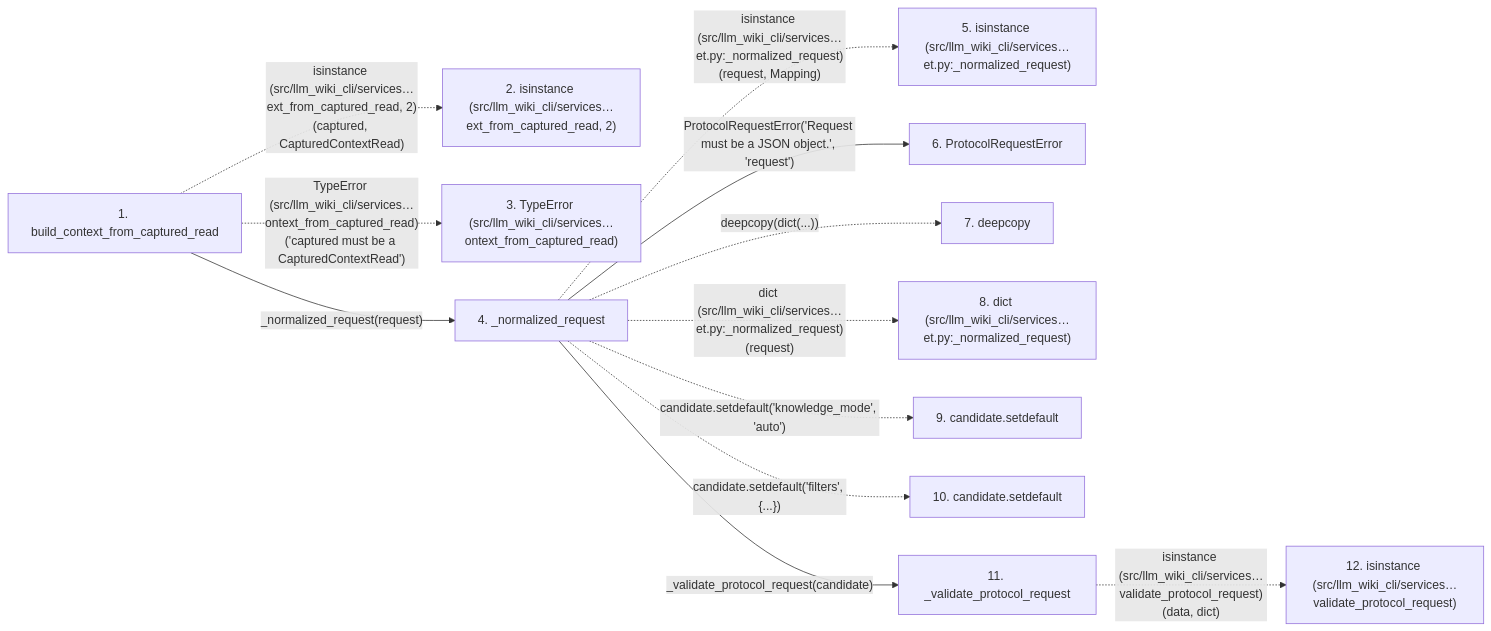
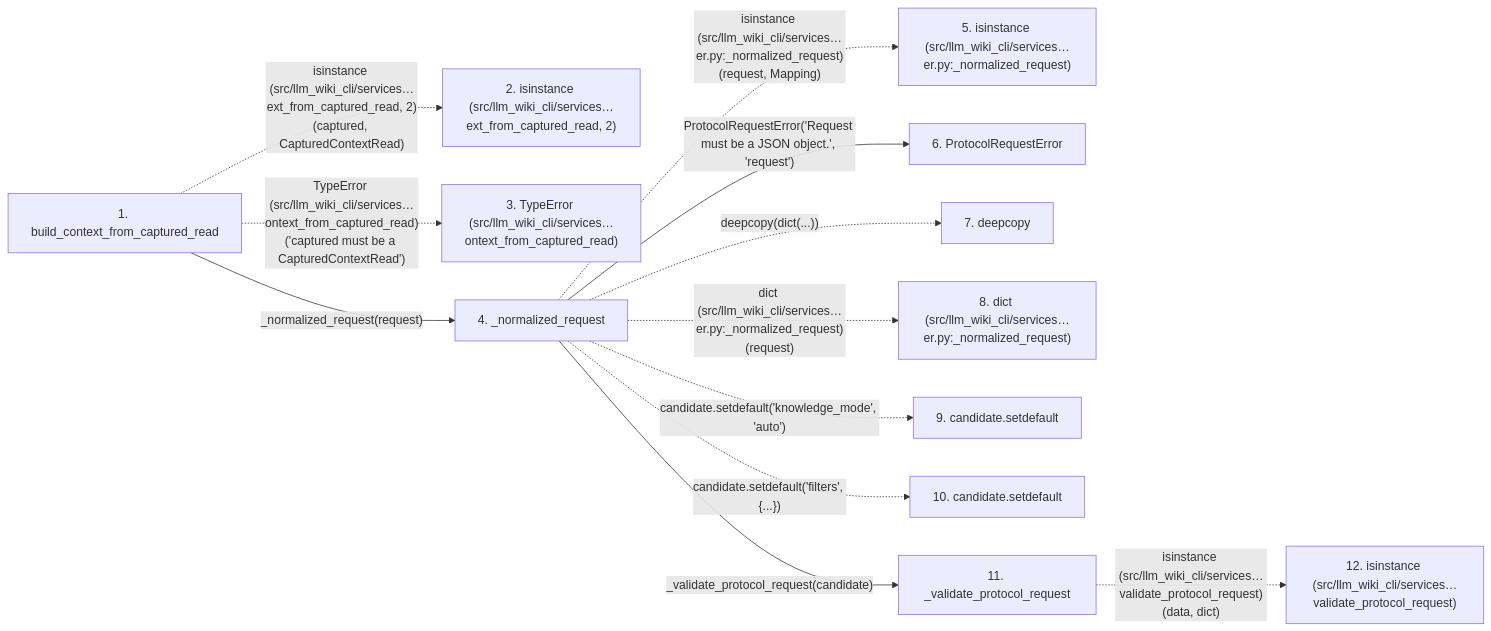
One commit to Denissvgn/python-wiki-llm changed the second of 2 diagrams in docs/llm_wiki/flows/api-build_context_from_captured_read.md. Above: the diagram before and after it, drawn with Mermaid. The commit also changed other lines of this file and 1555 other files, not shown here.

````diff
--- a/docs/llm_wiki/flows/api-build_context_from_captured_read.md
+++ b/docs/llm_wiki/flows/api-build_context_from_captured_read.md
@@ -142,30 +143,30 @@
 ```mermaid
 flowchart LR
     s1["1. build_context_from_captured_read"]
     s2["2. isinstance (src/llm_wiki_cli/services…ext_from_captured_read, 2)"]
     s3["3. TypeError (src/llm_wiki_cli/services…ontext_from_captured_read)"]
     s4["4. _normalized_request"]
-    s5["5. isinstance (src/llm_wiki_cli/services…et.py:_normalized_request)"]
+    s5["5. isinstance (src/llm_wiki_cli/services…er.py:_normalized_request)"]
     s6["6. ProtocolRequestError"]
     s7["7. deepcopy"]
-    s8["8. dict (src/llm_wiki_cli/services…et.py:_normalized_request)"]
+    s8["8. dict (src/llm_wiki_cli/services…er.py:_normalized_request)"]
     s9["9. candidate.setdefault"]
     s10["10. candidate.setdefault"]
     s11["11. _validate_protocol_request"]
     s12["12. isinstance (src/llm_wiki_cli/services…validate_protocol_request)"]
     s1 -. "isinstance (src/llm_wiki_cli/services…ext_from_captured_read, 2)(captured, CapturedContextRead)" .-> s2
     s1 -. "TypeError (src/llm_wiki_cli/services…ontext_from_captured_read)('captured must be a CapturedContextRead')" .-> s3
     s1 -->|"_normalized_request(request)"| s4
-    s4 -. "isinstance (src/llm_wiki_cli/services…et.py:_normalized_request)(request, Mapping)" .-> s5
+    s4 -. "isinstance (src/llm_wiki_cli/services…er.py:_normalized_request)(request, Mapping)" .-> s5
     s4 -->|"ProtocolRequestError('Request must be a JSON object.', 'request')"| s6
     s4 -. "deepcopy(dict(...))" .-> s7
-    s4 -. "dict (src/llm_wiki_cli/services…et.py:_normalized_request)(request)" .-> s8
+    s4 -. "dict (src/llm_wiki_cli/services…er.py:_normalized_request)(request)" .-> s8
     s4 -. "candidate.setdefault('knowledge_mode', 'auto')" .-> s9
     s4 -. "candidate.setdefault('filters', {...})" .-> s10
     s4 -->|"_validate_protocol_request(candidate)"| s11
     s11 -. "isinstance (src/llm_wiki_cli/services…validate_protocol_request)(data, dict)" .-> s12
-    click s1 "../modules/context_packet.md"
-    click s4 "../modules/context_packet.md"
-    click s6 "../modules/context_service.md"
-    click s11 "../modules/context_service.md"
+    click s1 "../modules/context_packet_builder.md"
+    click s4 "../modules/context_packet_builder.md"
+    click s6 "../modules/context_request_format.md"
+    click s11 "../modules/context_request_format.md"
 ```
````
